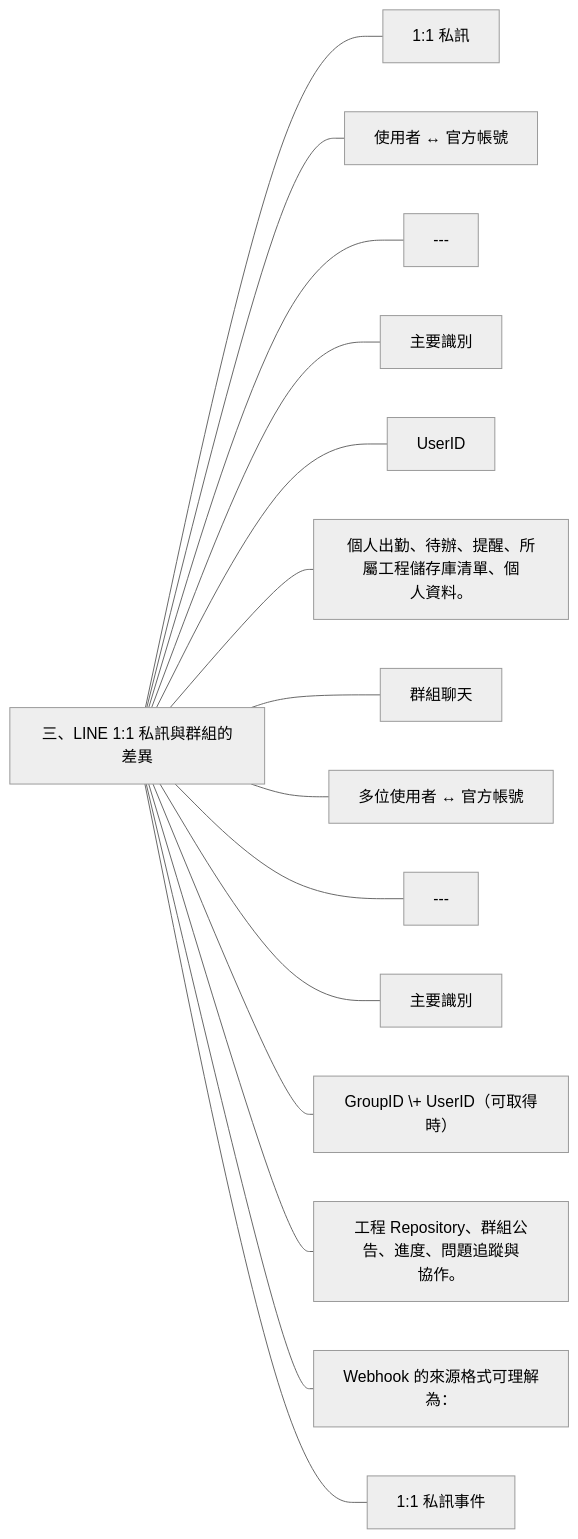
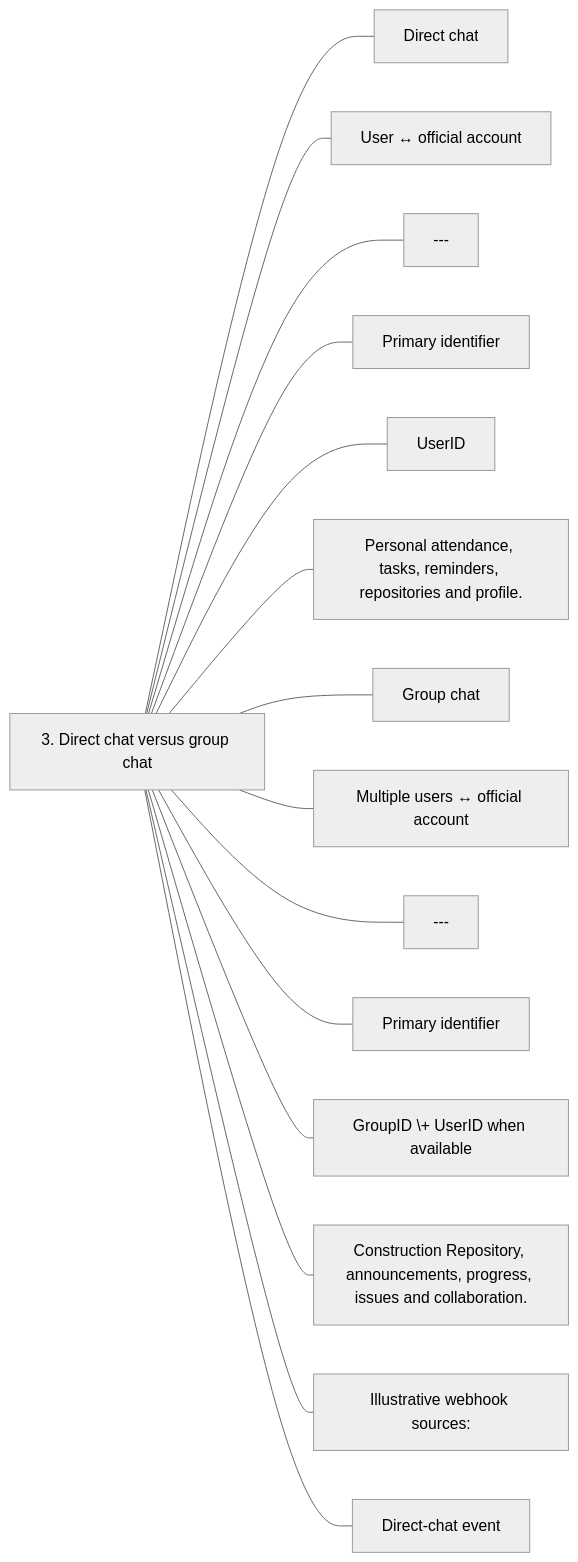
The eighth of 38 diagrams in docs/proposals/line-engineering/README.md (963sup/line-mini-app-bot), drawn with Mermaid (neutral theme) before and after one commit. The commit also changed other lines of this file and 341 other files, not shown here.

````diff
--- a/docs/proposals/line-engineering/README.md
+++ b/docs/proposals/line-engineering/README.md
@@ -106,18 +110,18 @@
 ```mermaid
 flowchart LR
-  h["三、LINE 1:1 私訊與群組的差異"]
-  h --- n0["1:1 私訊"]
-  h --- n1["使用者 ↔ 官方帳號"]
+  h["3. Direct chat versus group chat"]
+  h --- n0["Direct chat"]
+  h --- n1["User ↔ official account"]
   h --- n2["---"]
-  h --- n3["主要識別"]
+  h --- n3["Primary identifier"]
   h --- n4["UserID"]
-  h --- n5["個人出勤、待辦、提醒、所屬工程儲存庫清單、個<br/>人資料。"]
-  h --- n6["群組聊天"]
-  h --- n7["多位使用者 ↔ 官方帳號"]
+  h --- n5["Personal attendance, tasks, reminders, repositories and profile."]
+  h --- n6["Group chat"]
+  h --- n7["Multiple users ↔ official account"]
   h --- n8["---"]
-  h --- n9["主要識別"]
-  h --- n10["GroupID #92;+ UserID（可取得時）"]
-  h --- n11["工程 Repository、群組公告、進度、問題追蹤與<br/>協作。"]
-  h --- n12["Webhook 的來源格式可理解為："]
-  h --- n13["1:1 私訊事件"]
+  h --- n9["Primary identifier"]
+  h --- n10["GroupID #92;+ UserID when available"]
+  h --- n11["Construction Repository, announcements, progress, issues and collaboration."]
+  h --- n12["Illustrative webhook sources:"]
+  h --- n13["Direct-chat event"]
 ```
````
